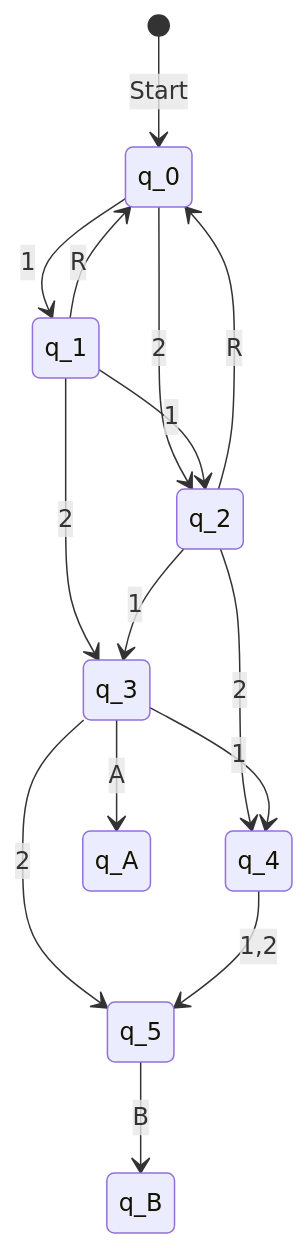
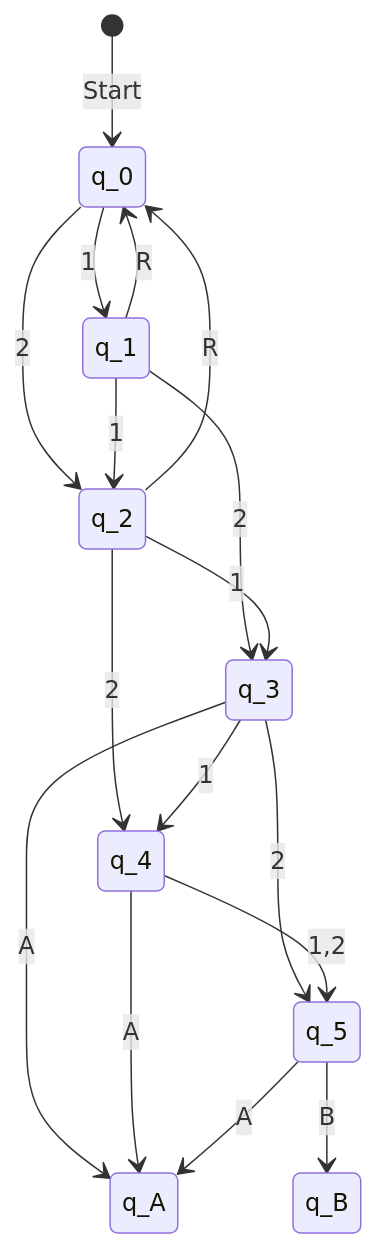
One commit to Databus3301/Schulnotizen changed the diagram in Q2/Leistungskurse/IF MLB2/11 Deterministische endliche Automaten.md. Above: the diagram before and after it, drawn with Mermaid. The commit also changed other lines of this file and 11 other files, not shown here.

````diff
--- a/Q2/Leistungskurse/IF MLB2/11 Deterministische endliche Automaten.md
+++ b/Q2/Leistungskurse/IF MLB2/11 Deterministische endliche Automaten.md
@@ -82,19 +82,21 @@
 ```mermaid
 stateDiagram-v2
 [*] --> q_0 : Start
 q_0 --> q_1 : 1
 q_0 --> q_2 : 2
 q_1 --> q_0 : R
 q_2 --> q_0 : R
 q_1 --> q_2 : 1
 q_1 --> q_3 : 2
 q_2 --> q_3 : 1
 q_2 --> q_4 : 2
 q_3 --> q_4 : 1
 q_3 --> q_5 : 2
 q_4 --> q_5 : 1,2
 
 q_3 --> q_A : A
+q_4 --> q_A : A
+q_5 --> q_A : A
 q_5 --> q_B : B
 
 ```
````
